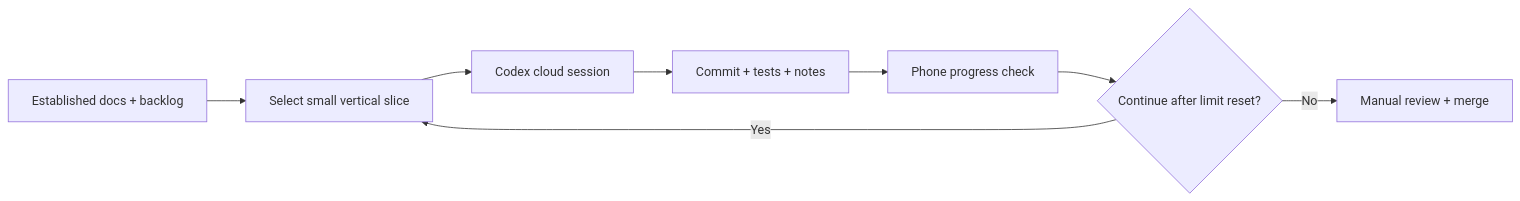
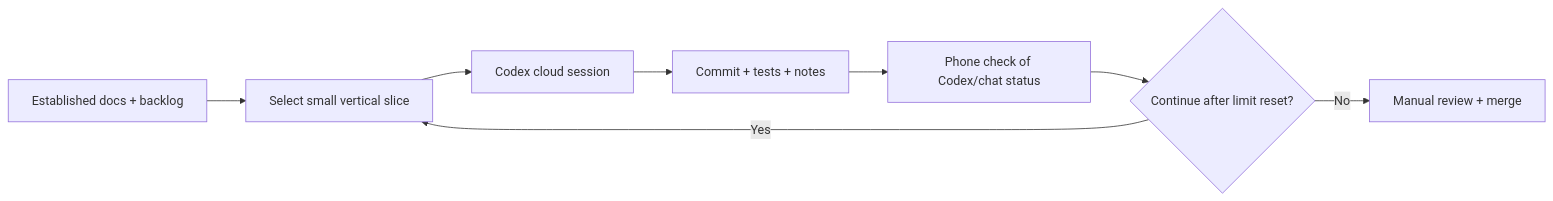
The sixth of 6 diagrams in docs/architecture.md (enkay01/intervew-prep-app), drawn with Mermaid before and after one commit. The commit also changed other lines of this file and 6 other files, not shown here.

````diff
--- a/docs/architecture.md
+++ b/docs/architecture.md
@@ -138,10 +136,10 @@
 ```mermaid
 flowchart LR
   Backlog["Established docs + backlog"] --> Slice["Select small vertical slice"]
   Slice --> Codex["Codex cloud session"]
   Codex --> Checkpoint["Commit + tests + notes"]
-  Checkpoint --> Phone["Phone progress check"]
+  Checkpoint --> Phone["Phone check of Codex/chat status"]
   Phone --> Decision{"Continue after limit reset?"}
   Decision -- Yes --> Slice
   Decision -- No --> Review["Manual review + merge"]
 ```
````
